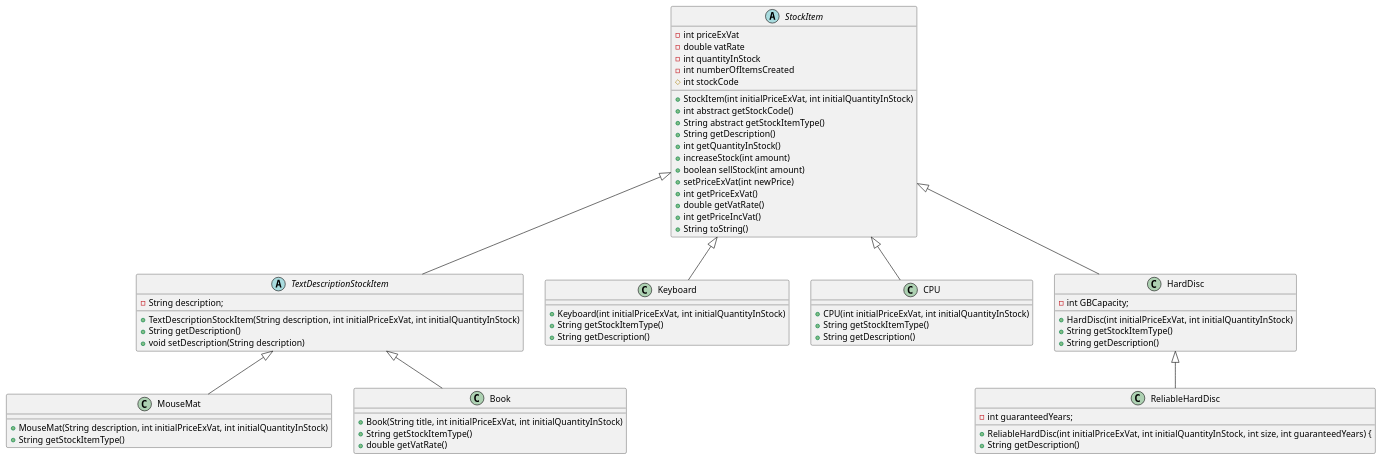
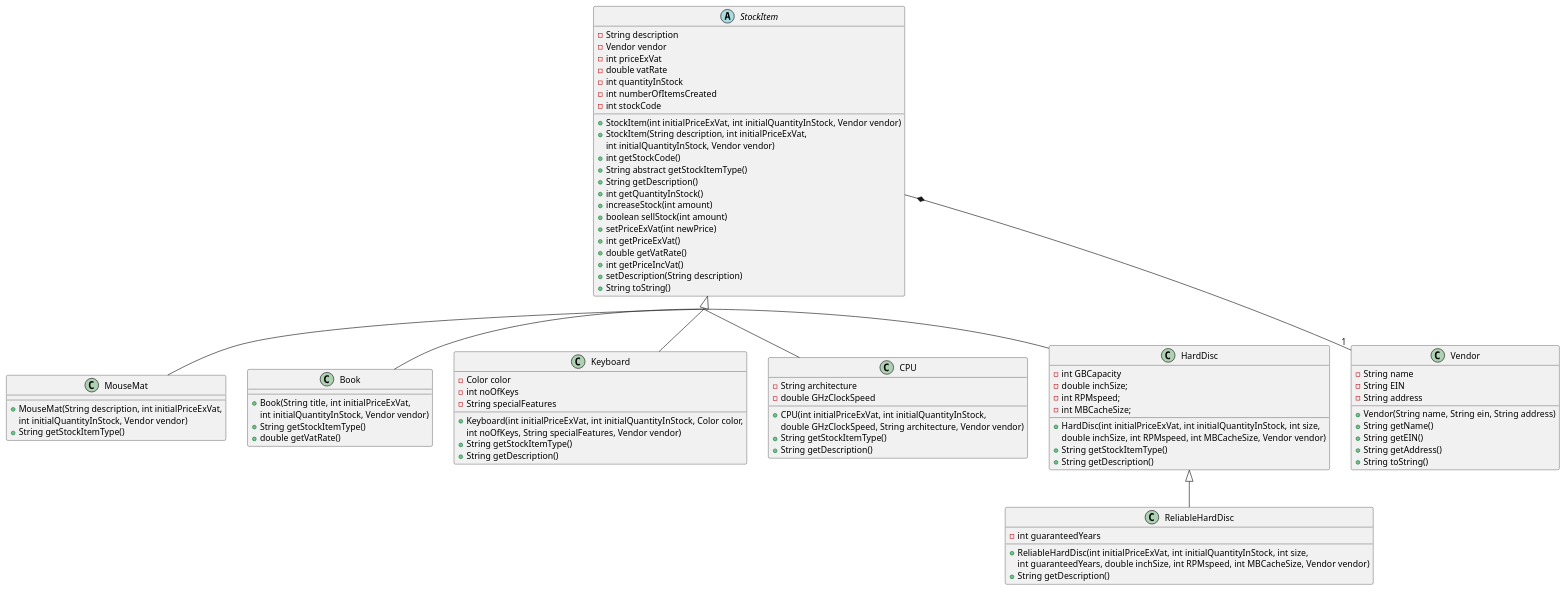
Before and after one commit to AdrChm/JJIT: the diagram in StockItem.puml, drawn with PlantUML.

Commit message:
16.13.4 StockItem UML - Vendor

```diff
--- a/StockItem.puml
+++ b/StockItem.puml
@@ -1,70 +1,106 @@
 @startuml
-abstract class StockItem {
+abstract class StockItem
+{
+    - String description
+    - Vendor vendor
     - int priceExVat
     - double vatRate
     - int quantityInStock
     - int numberOfItemsCreated
-    # int stockCode
-    + StockItem(int initialPriceExVat, int initialQuantityInStock)
-    + int abstract getStockCode()
+    - int stockCode
+    + StockItem(int initialPriceExVat, int initialQuantityInStock, Vendor vendor)
+    + StockItem(String description, int initialPriceExVat,
+                int initialQuantityInStock, Vendor vendor)
+    + int getStockCode()
     + String abstract getStockItemType()
     + String getDescription()
     + int getQuantityInStock()
     + increaseStock(int amount)
     + boolean sellStock(int amount)
     + setPriceExVat(int newPrice)
     + int getPriceExVat()
     + double getVatRate()
     + int getPriceIncVat()
+    + setDescription(String description)
     + String toString()
 }
 
-abstract class TextDescriptionStockItem extends StockItem
+class MouseMat extends StockItem
 {
-    - String description;
-    + TextDescriptionStockItem(String description, int initialPriceExVat, int initialQuantityInStock)
-    + String getDescription()
-    + void setDescription(String description)
-}
-
-class MouseMat extends TextDescriptionStockItem
-{
-    + MouseMat(String description, int initialPriceExVat, int initialQuantityInStock)
+    + MouseMat(String description, int initialPriceExVat,
+            int initialQuantityInStock, Vendor vendor)
     + String getStockItemType()
 }
 
-class Book extends TextDescriptionStockItem
+class Book
 {
-    + Book(String title, int initialPriceExVat, int initialQuantityInStock)
+    + Book(String title, int initialPriceExVat,
+        int initialQuantityInStock, Vendor vendor)
     + String getStockItemType()
     + double getVatRate()
 }
 
-class Keyboard extends StockItem
+class Keyboard
 {
-      + Keyboard(int initialPriceExVat, int initialQuantityInStock)
+      - Color color
+      - int noOfKeys
+      - String specialFeatures
+      + Keyboard(int initialPriceExVat, int initialQuantityInStock, Color color,
+                int noOfKeys, String specialFeatures, Vendor vendor)
       + String getStockItemType()
       + String getDescription()
 }
 
-class CPU extends StockItem
+class CPU
 {
-    + CPU(int initialPriceExVat, int initialQuantityInStock)
+    - String architecture
+    - double GHzClockSpeed
+    + CPU(int initialPriceExVat, int initialQuantityInStock,
+        double GHzClockSpeed, String architecture, Vendor vendor)
     + String getStockItemType()
     + String getDescription()
 }
 
-class HardDisc extends StockItem
+class HardDisc
 {
-    - int GBCapacity;
-    + HardDisc(int initialPriceExVat, int initialQuantityInStock)
+    - int GBCapacity
+    - double inchSize;
+    - int RPMspeed;
+    - int MBCacheSize;
+    + HardDisc(int initialPriceExVat, int initialQuantityInStock, int size,
+            double inchSize, int RPMspeed, int MBCacheSize, Vendor vendor)
     + String getStockItemType()
     + String getDescription()
 }
+
 class ReliableHardDisc extends HardDisc
 {
-    - int guaranteedYears;
-    + ReliableHardDisc(int initialPriceExVat, int initialQuantityInStock, int size, int guaranteedYears) {
+    - int guaranteedYears
+    + ReliableHardDisc(int initialPriceExVat, int initialQuantityInStock, int size,
+                    int guaranteedYears, double inchSize, int RPMspeed, int MBCacheSize, Vendor vendor)
     + String getDescription()
 }
+
+class Vendor
+{
+    - String name
+    - String EIN
+    - String address
+    + Vendor(String name, String ein, String address)
+    + String getName()
+    + String getEIN()
+    + String getAddress()
+    + String toString()
+
+}
+
+StockItem *-- "1" Vendor
+
+skinparam groupInheritance 2
+
+StockItem <|-- Book
+StockItem <|-- Keyboard
+StockItem <|-- CPU
+StockItem <|-- HardDisc
+
 @enduml
```
